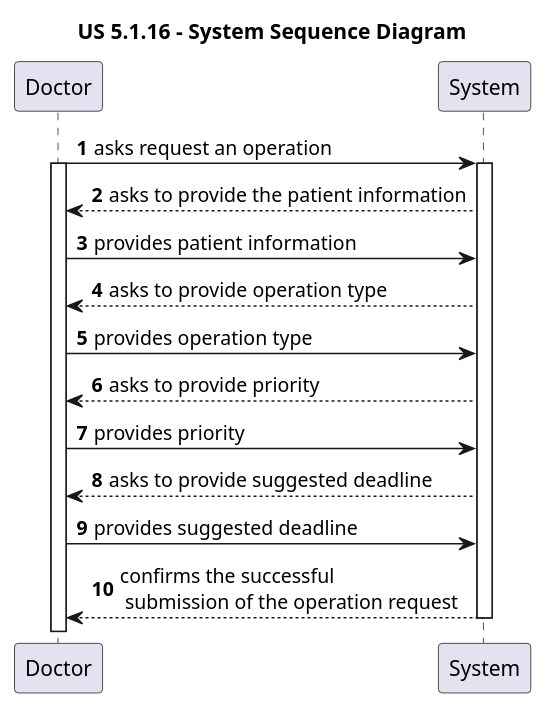
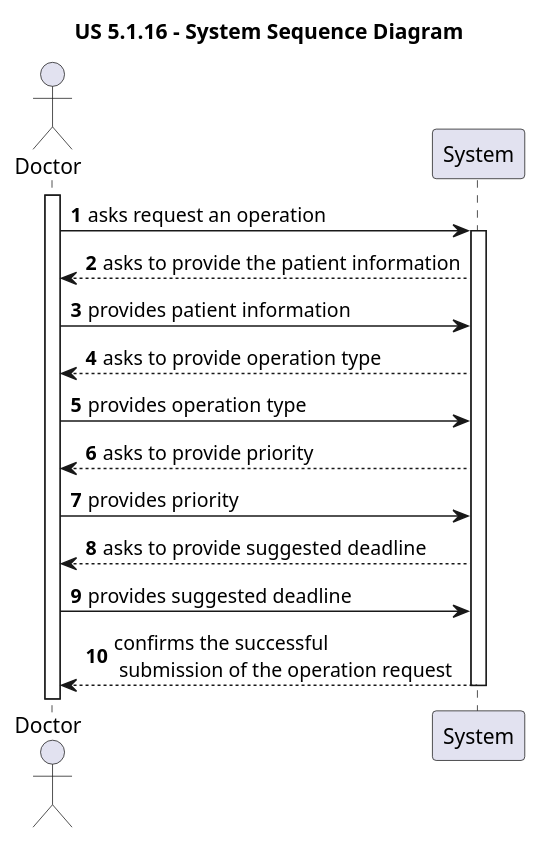
One commit to rita-barbosa/LAPR5-2425 changed the diagram in docs/sprint-1/us-5.1.16/diagrams/ssd/us-5.1.16-ssd.puml. Above: the diagram before and after it, drawn with PlantUML. The commit also changed 2 other files, not shown here.

```diff
--- a/docs/sprint-1/us-5.1.16/diagrams/ssd/us-5.1.16-ssd.puml
+++ b/docs/sprint-1/us-5.1.16/diagrams/ssd/us-5.1.16-ssd.puml
@@ -1,37 +1,37 @@
 @startuml
 'https://plantuml.com/sequence-diagram
 
 title "US 5.1.16 - System Sequence Diagram"
 
 autonumber
 
-participant Doctor as DOC
+actor Doctor as DOC
 participant System as SYS
 
+activate DOC
+
 DOC -> SYS : asks request an operation
-activate DOC
 activate SYS
 
 SYS --> DOC : asks to provide the patient information
 
 DOC -> SYS : provides patient information
 
 SYS --> DOC : asks to provide operation type
 
 DOC -> SYS : provides operation type
 
 SYS --> DOC : asks to provide priority
 
 DOC -> SYS : provides priority
 
 SYS --> DOC : asks to provide suggested deadline
 
 DOC -> SYS : provides suggested deadline
 
 SYS --> DOC : confirms the successful\n submission of the operation request
 
 deactivate SYS
 
 
-
 @enduml
```
